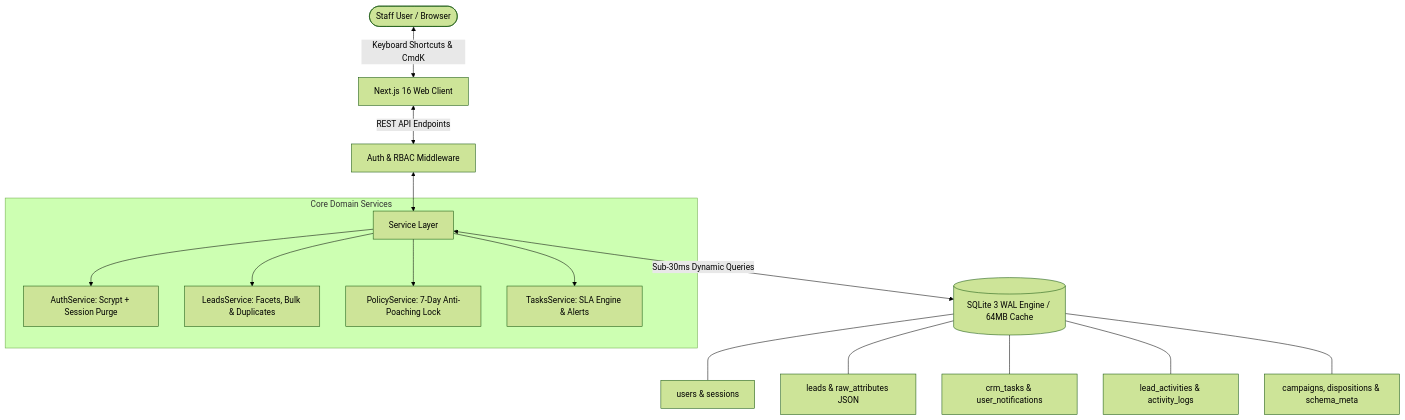
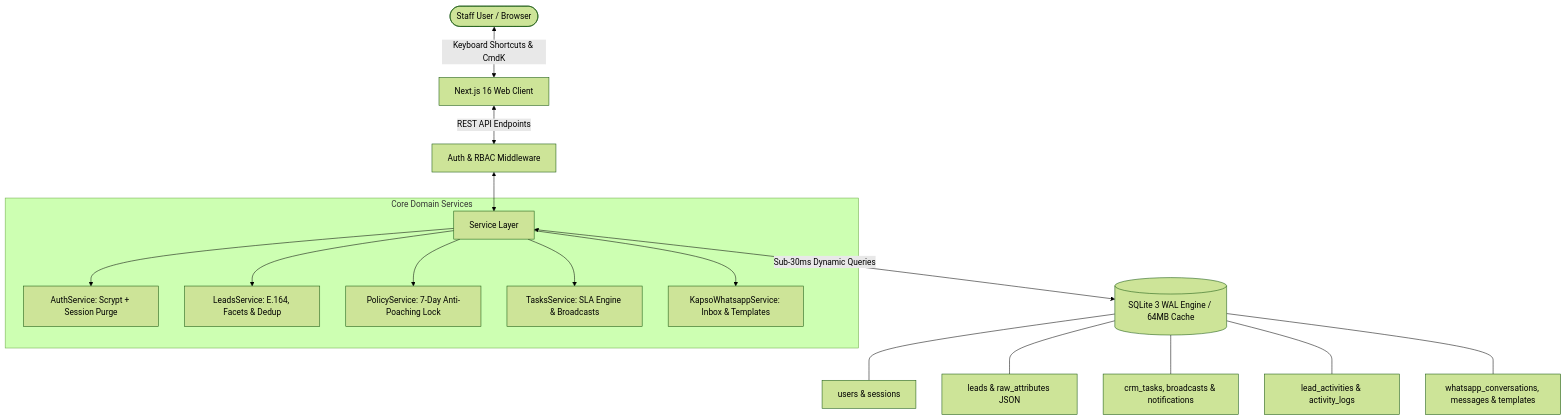
One commit to rdsdd2021/DreamDesk-CRM changed the diagram in docs/README.md. Above: the diagram before and after it, drawn with Mermaid (forest theme). The commit also changed other lines of this file and 8 other files, not shown here.

````diff
--- a/docs/README.md
+++ b/docs/README.md
@@ -31,20 +31,21 @@
 ```mermaid
 graph TD
     User([Staff User / Browser]) <-->|Keyboard Shortcuts & CmdK| UI[Next.js 16 Web Client]
     UI <-->|REST API Endpoints| Middleware[Auth & RBAC Middleware]
     Middleware <--> Services[Service Layer]
     
     subgraph Core Domain Services
         Services --> AuthService[AuthService: Scrypt + Session Purge]
-        Services --> LeadsService[LeadsService: Facets, Bulk & Duplicates]
+        Services --> LeadsService[LeadsService: E.164, Facets & Dedup]
         Services --> PolicyService[PolicyService: 7-Day Anti-Poaching Lock]
-        Services --> TasksService[TasksService: SLA Engine & Alerts]
+        Services --> TasksService[TasksService: SLA Engine & Broadcasts]
+        Services --> KapsoService[KapsoWhatsappService: Inbox & Templates]
     end
 
     Services <-->|Sub-30ms Dynamic Queries| DB[(SQLite 3 WAL Engine / 64MB Cache)]
     DB --- T1[users & sessions]
     DB --- T2[leads & raw_attributes JSON]
-    DB --- T3[crm_tasks & user_notifications]
+    DB --- T3[crm_tasks, broadcasts & notifications]
     DB --- T4[lead_activities & activity_logs]
-    DB --- T5[campaigns, dispositions & schema_meta]
+    DB --- T5[whatsapp_conversations, messages & templates]
 ```
````
